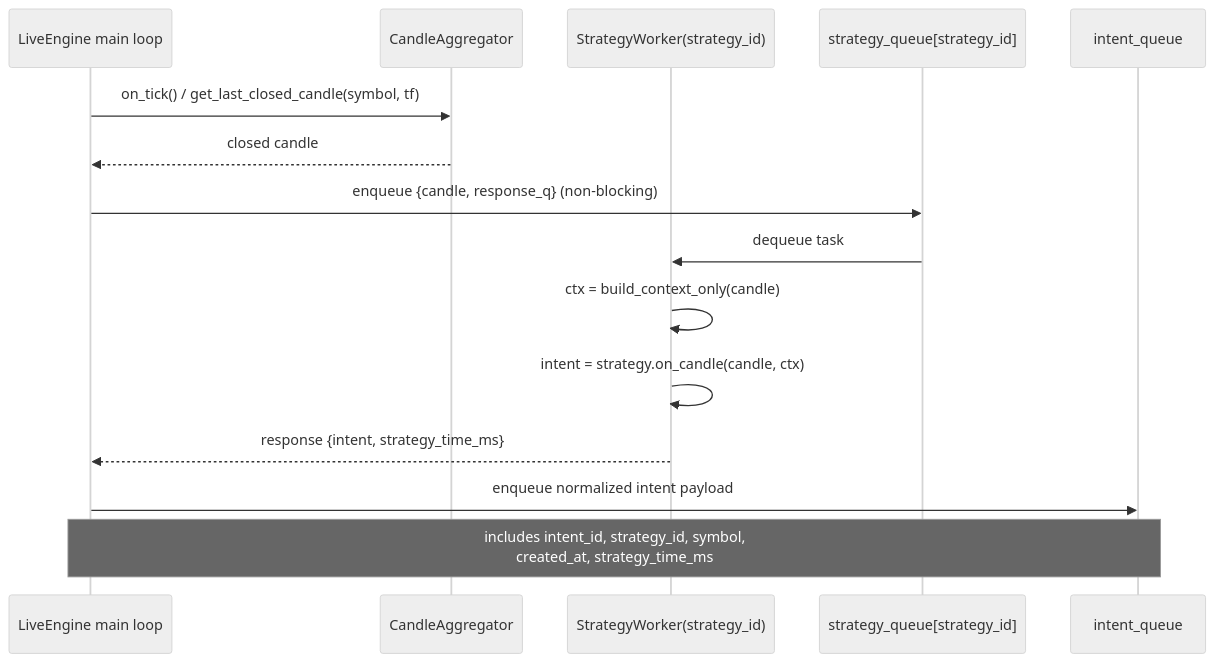
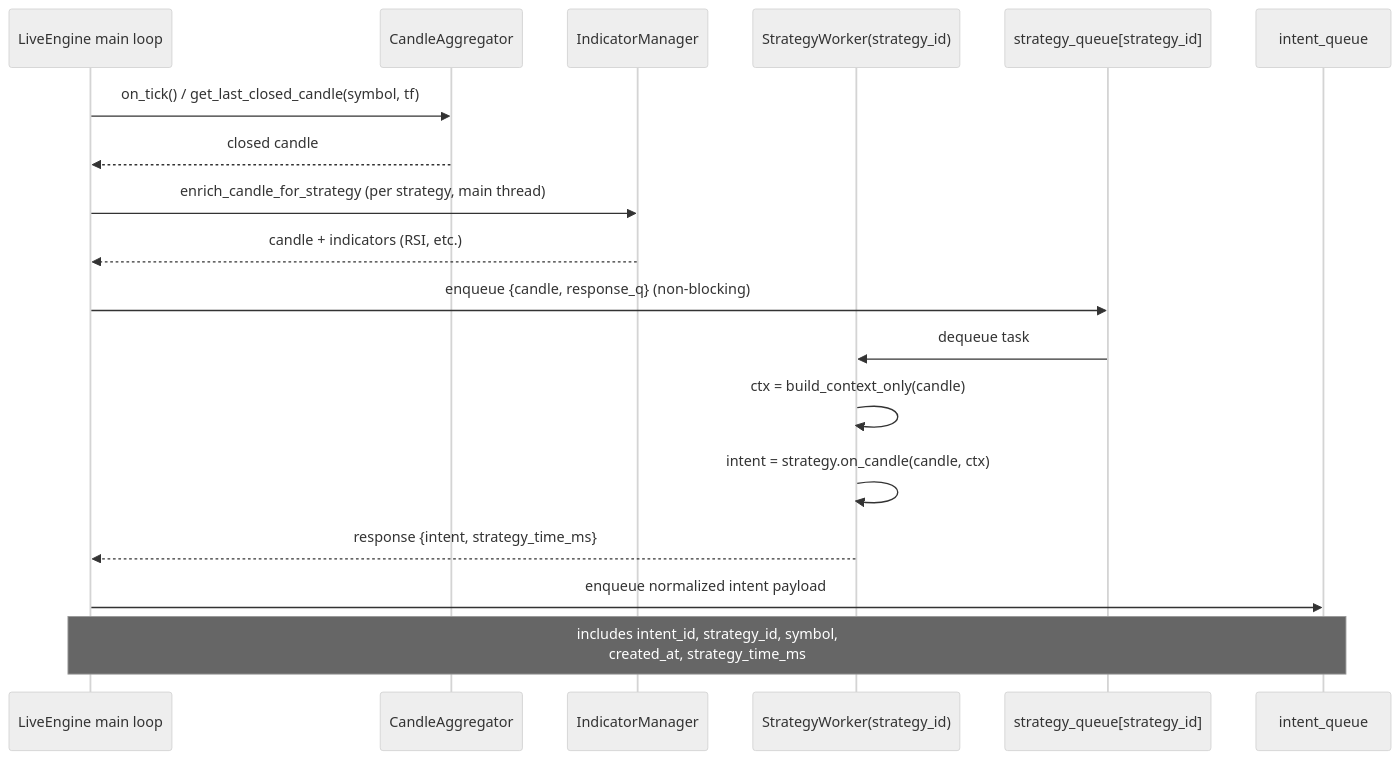
The fourth of 9 diagrams in PROJECT_FLOW_CHART.md (Eshwar066/Dhan-codebase), drawn with Mermaid (neutral theme) before and after one commit. The commit also changed other lines of this file and 1 other file, not shown here.

Commit message:
flow chart

````diff
--- a/PROJECT_FLOW_CHART.md
+++ b/PROJECT_FLOW_CHART.md
@@ -155,18 +173,21 @@
 ```mermaid
 sequenceDiagram
     participant LE as LiveEngine main loop
     participant CA as CandleAggregator
+    participant IM as IndicatorManager
     participant SW as StrategyWorker(strategy_id)
     participant SQ as strategy_queue[strategy_id]
     participant IQ as intent_queue
 
     LE->>CA: on_tick() / get_last_closed_candle(symbol, tf)
     CA-->>LE: closed candle
+    LE->>IM: enrich_candle_for_strategy (per strategy, main thread)
+    IM-->>LE: candle + indicators (RSI, etc.)
     LE->>SQ: enqueue {candle, response_q} (non-blocking)
     SQ->>SW: dequeue task
     SW->>SW: ctx = build_context_only(candle)
     SW->>SW: intent = strategy.on_candle(candle, ctx)
     SW-->>LE: response {intent, strategy_time_ms}
     LE->>IQ: enqueue normalized intent payload
     Note over LE,IQ: includes intent_id, strategy_id, symbol,<br/>created_at, strategy_time_ms
 ```
````
